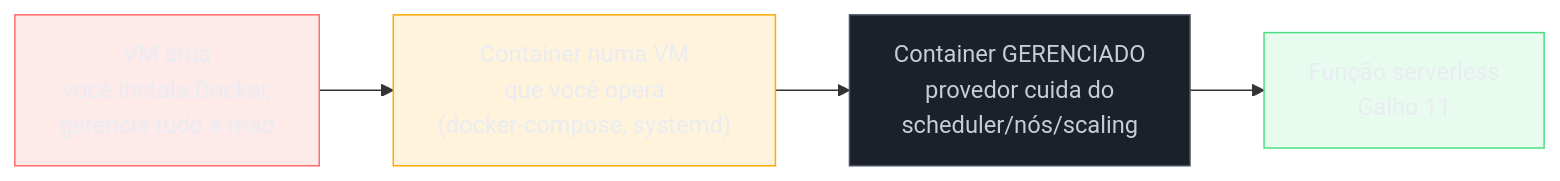
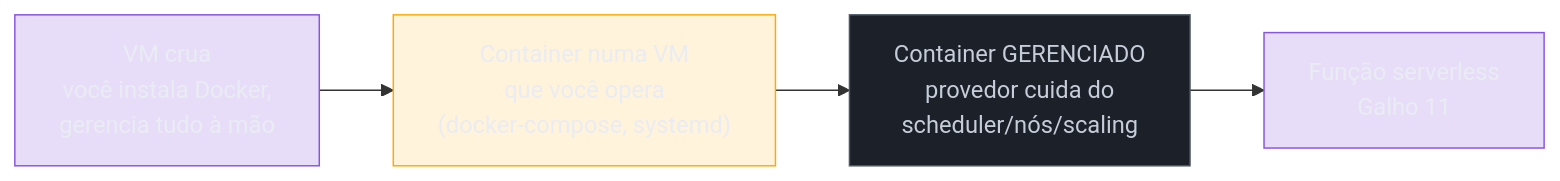
The second of 3 diagrams in 03-Dominios/Tecnologia/Cloud/12 - Containers gerenciados/01 - O que é um container gerenciado.md (josenaldo/codex-technomanticus), drawn with Mermaid before and after one commit. The commit also changed other lines of this file and 601 other files, not shown here.

````diff
--- a/03-Dominios/Tecnologia/Cloud/12 - Containers gerenciados/01 - O que é um container gerenciado.md
+++ b/03-Dominios/Tecnologia/Cloud/12 - Containers gerenciados/01 - O que é um container gerenciado.md
@@ -98,18 +98,17 @@
 ```mermaid
 flowchart LR
-    classDef falha fill:#FF6B6B24,stroke:#FF6B6B,color:#E9ECF2
+    classDef marca fill:#8855DF33,stroke:#8855DF,color:#E9ECF2
     classDef destaque fill:#FFAA0024,stroke:#FFAA00,color:#E9ECF2
     classDef neutro fill:#1B2029,stroke:#4E5666,color:#C6CCD8
-    classDef ok fill:#4ADE8021,stroke:#4ADE80,color:#E9ECF2
     VM["VM crua<br/>você instala Docker,<br/>gerencia tudo à mão"]
     VMOp["Container numa VM<br/>que você opera<br/>(docker-compose, systemd)"]
     Gerenciado["Container GERENCIADO<br/>provedor cuida do<br/>scheduler/nós/scaling"]
     Serverless["Função serverless<br/>Galho 11"]
 
     VM --> VMOp --> Gerenciado --> Serverless
 
-    class VM falha
+    class VM marca
     class VMOp destaque
     class Gerenciado neutro
-    class Serverless ok
+    class Serverless marca
 ```
````
